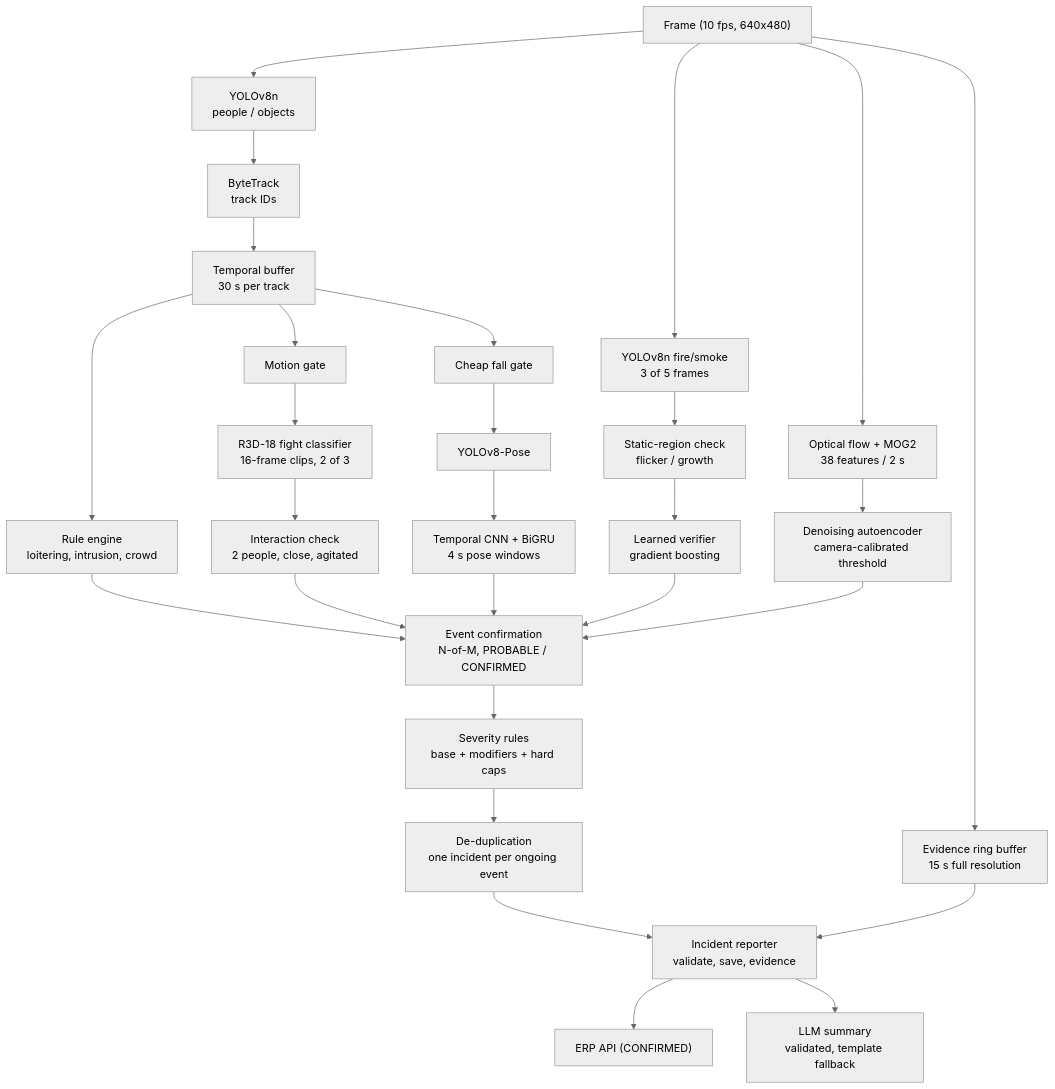
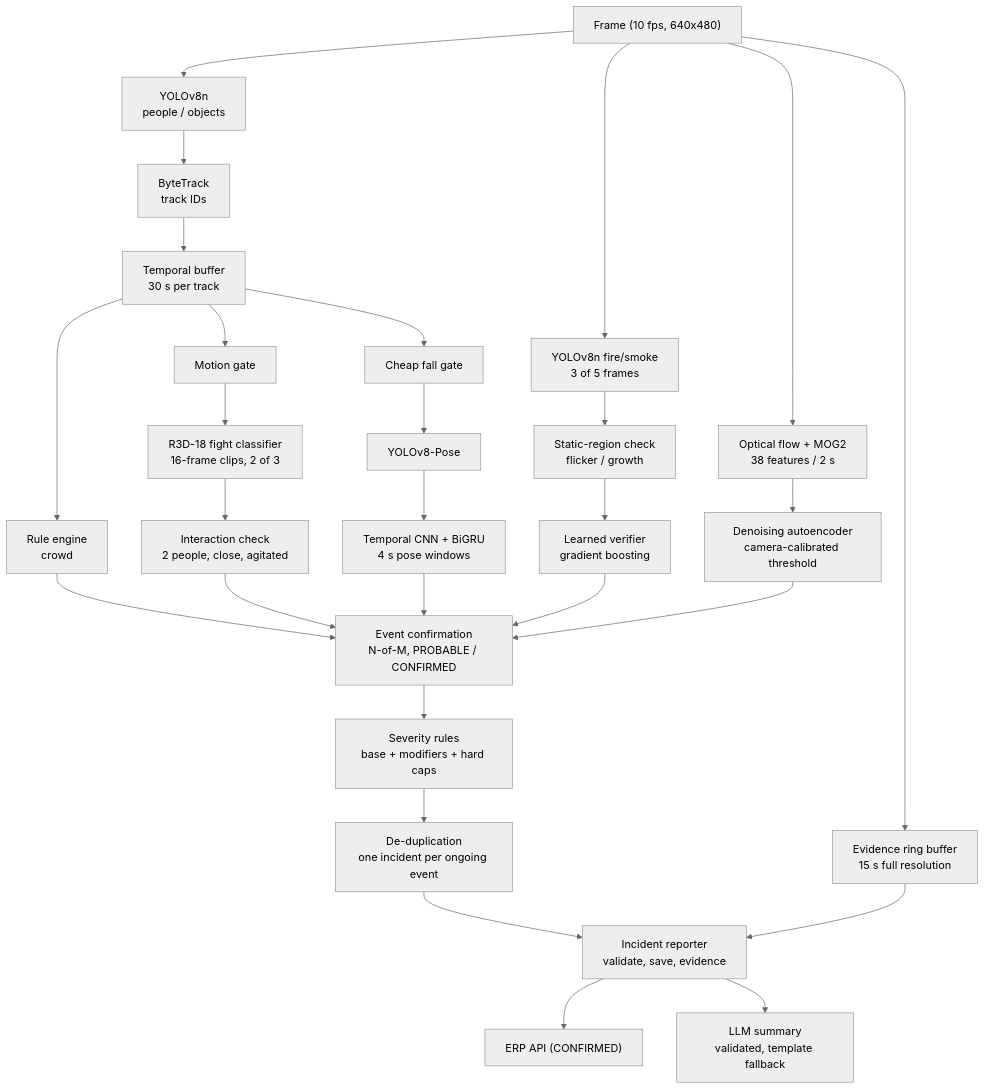
One commit to SANCHI3/DVS_INDUSTRY changed the second of 4 diagrams in docs/report/04_architecture.md. Above: the diagram before and after it, drawn with Mermaid (neutral theme). The commit also changed 45 other files, not shown here.

````diff
--- a/docs/report/04_architecture.md
+++ b/docs/report/04_architecture.md
@@ -46,21 +46,21 @@
 ```mermaid
 flowchart TD
     F["Frame (10 fps, 640x480)"] --> Y["YOLOv8n<br/>people / objects"]
     Y --> T["ByteTrack<br/>track IDs"]
     T --> B["Temporal buffer<br/>30 s per track"]
     F --> EV["Evidence ring buffer<br/>15 s full resolution"]
 
-    B --> R["Rule engine<br/>loitering, intrusion, crowd"]
+    B --> R["Rule engine<br/>crowd"]
     B --> FG["Motion gate"] --> FC["R3D-18 fight classifier<br/>16-frame clips, 2 of 3"] --> IV["Interaction check<br/>2 people, close, agitated"]
     B --> PG["Cheap fall gate"] --> PO["YOLOv8-Pose"] --> GRU["Temporal CNN + BiGRU<br/>4 s pose windows"]
     F --> FS["YOLOv8n fire/smoke<br/>3 of 5 frames"] --> DY["Static-region check<br/>flicker / growth"] --> LV["Learned verifier<br/>gradient boosting"]
     F --> OF["Optical flow + MOG2<br/>38 features / 2 s"] --> AE["Denoising autoencoder<br/>camera-calibrated threshold"]
 
     R & IV & GRU & LV & AE --> C["Event confirmation<br/>N-of-M, PROBABLE / CONFIRMED"]
     C --> S["Severity rules<br/>base + modifiers + hard caps"]
     S --> D["De-duplication<br/>one incident per ongoing event"]
     D --> REP["Incident reporter<br/>validate, save, evidence"]
     EV --> REP
     REP --> API["ERP API (CONFIRMED)"]
     REP --> L["LLM summary<br/>validated, template fallback"]
 ```
````
